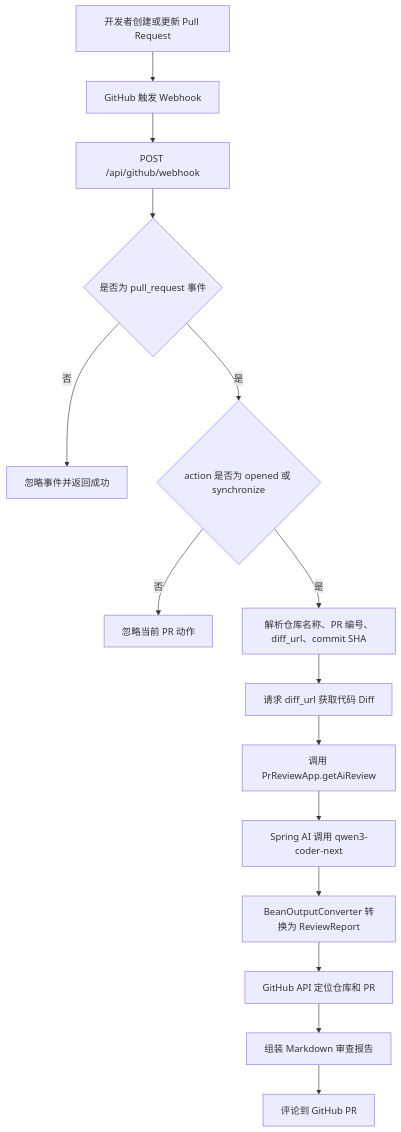
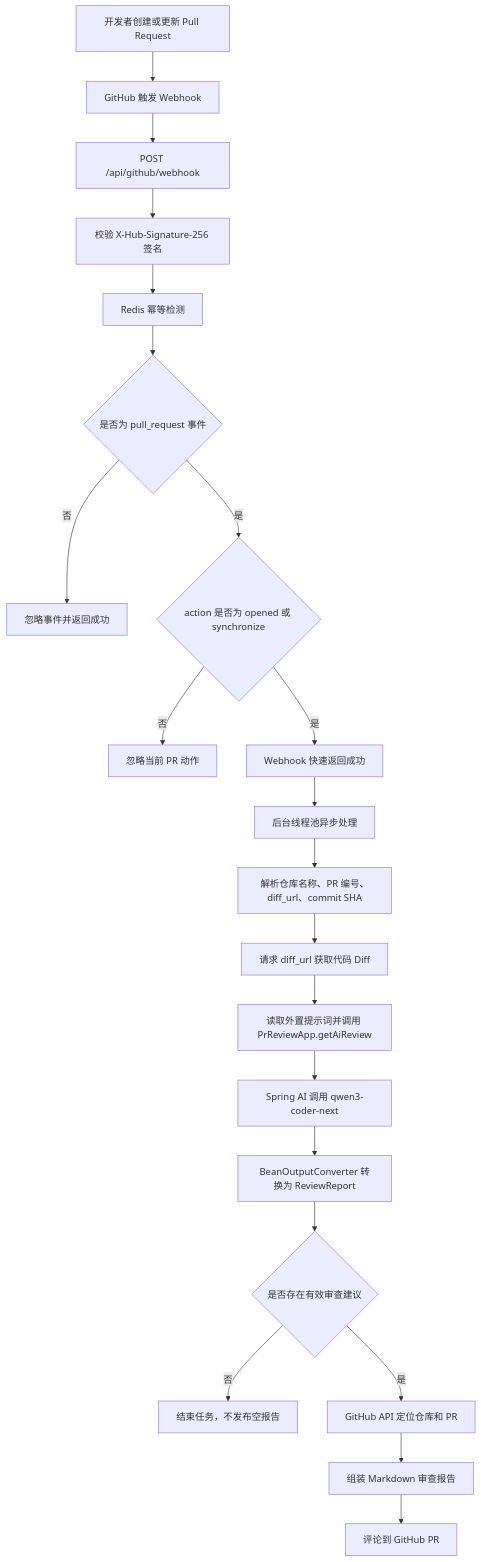
The diagram in README.md (tudouyu-0903/AiPrReview), drawn with Mermaid before and after one commit. The commit also changed other lines of this file and 3 other files, not shown here.

````diff
--- a/README.md
+++ b/README.md
@@ -33,17 +74,23 @@
 ```mermaid
 graph TD;
     A["开发者创建或更新 Pull Request"] --> B["GitHub 触发 Webhook"];
     B --> C["POST /api/github/webhook"];
-    C --> D{"是否为 pull_request 事件"};
-    D -- "否" --> E["忽略事件并返回成功"];
-    D -- "是" --> F{"action 是否为 opened 或 synchronize"};
-    F -- "否" --> G["忽略当前 PR 动作"];
-    F -- "是" --> H["解析仓库名称、PR 编号、diff_url、commit SHA"];
-    H --> I["请求 diff_url 获取代码 Diff"];
-    I --> J["调用 PrReviewApp.getAiReview"];
-    J --> K["Spring AI 调用 qwen3-coder-next"];
-    K --> L["BeanOutputConverter 转换为 ReviewReport"];
-    L --> M["GitHub API 定位仓库和 PR"];
-    M --> N["组装 Markdown 审查报告"];
-    N --> O["评论到 GitHub PR"];
+    C --> D["校验 X-Hub-Signature-256 签名"];
+    D --> E["Redis 幂等检测"];
+    E --> F{"是否为 pull_request 事件"};
+    F -- "否" --> G["忽略事件并返回成功"];
+    F -- "是" --> H{"action 是否为 opened 或 synchronize"};
+    H -- "否" --> I["忽略当前 PR 动作"];
+    H -- "是" --> J["Webhook 快速返回成功"];
+    J --> K["后台线程池异步处理"];
+    K --> L["解析仓库名称、PR 编号、diff_url、commit SHA"];
+    L --> M["请求 diff_url 获取代码 Diff"];
+    M --> N["读取外置提示词并调用 PrReviewApp.getAiReview"];
+    N --> O["Spring AI 调用 qwen3-coder-next"];
+    O --> P["BeanOutputConverter 转换为 ReviewReport"];
+    P --> Q{"是否存在有效审查建议"};
+    Q -- "否" --> R["结束任务，不发布空报告"];
+    Q -- "是" --> S["GitHub API 定位仓库和 PR"];
+    S --> T["组装 Markdown 审查报告"];
+    T --> U["评论到 GitHub PR"];
 ```
````
